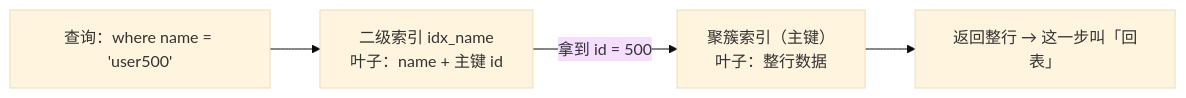
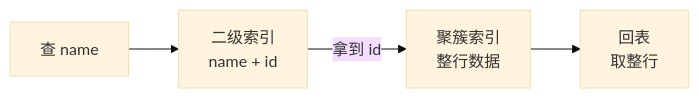
The diagram in study/plans/MySQL/进阶篇/day3-索引分类与最左前缀.md (moropxin/learning), drawn with Mermaid (base theme) before and after one commit. The commit also changed 3 other files, not shown here.

Commit message:
docs: 填入 Day4 实验记录表并新增 Day5（插入/主键/排序/分组优化）；收短 mermaid 节点文字避免裁切

````diff
--- a/study/plans/MySQL/进阶篇/day3-索引分类与最左前缀.md
+++ b/study/plans/MySQL/进阶篇/day3-索引分类与最左前缀.md
@@ -20,6 +20,6 @@
 ```mermaid
 flowchart LR
-    Q["查询：where name = 'user500'"] --> SI["二级索引 idx_name<br/>叶子：name + 主键 id"]
-    SI -->|"拿到 id = 500"| CI["聚簇索引（主键）<br/>叶子：整行数据"]
-    CI --> R["返回整行 → 这一步叫「回表」"]
+    Q["查 name"] --> SI["二级索引<br/>name + id"]
+    SI -->|"拿到 id"| CI["聚簇索引<br/>整行数据"]
+    CI --> R["回表<br/>取整行"]
 ```
````
